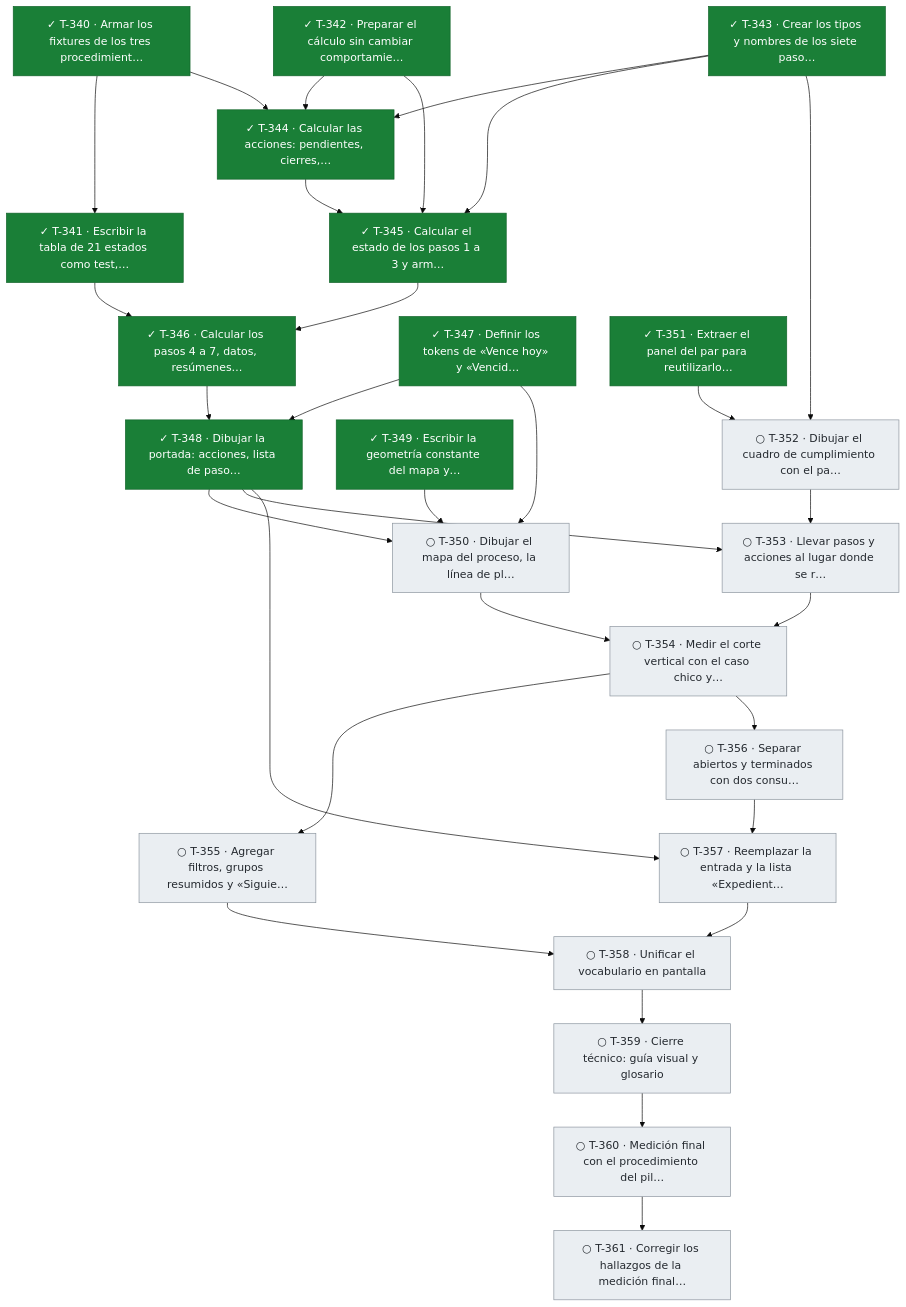
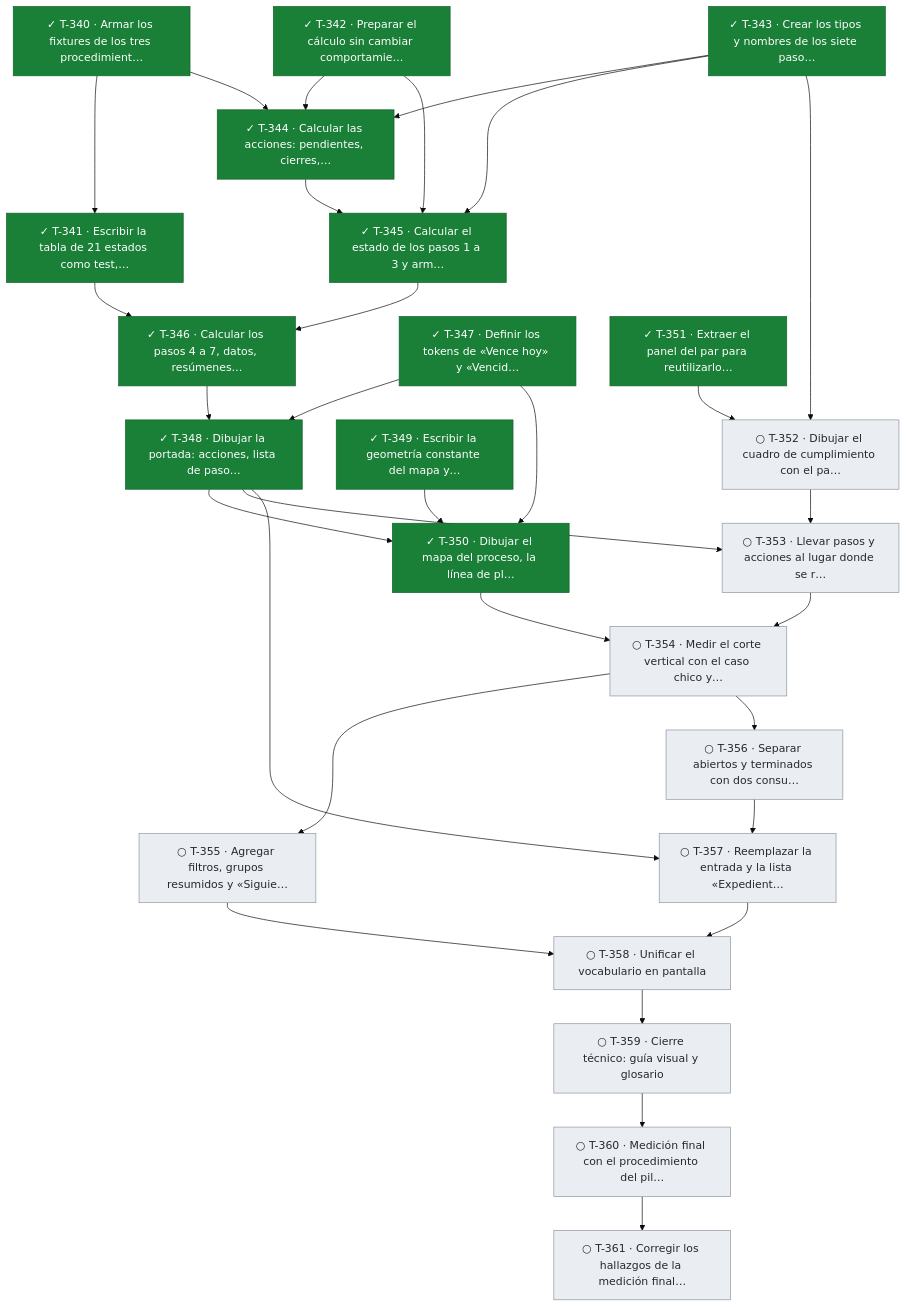
Before and after one commit to snavello/EVALUON: diagram 25 of 25 in docs/tablero.md, drawn with Mermaid (base theme). The commit also changed other lines of this file and 1 other file, not shown here.

Commit message:
gestión: T-350 terminada (mapa del proceso, línea de plazos y selector Mapa / Lista), avisos y tablero

````diff
--- a/docs/tablero.md
+++ b/docs/tablero.md
@@ -1922,59 +1922,59 @@
 ```mermaid
 flowchart TD
   T340["✓ T-340 · Armar los fixtures de los tres procedimient…"]:::done
   T341["✓ T-341 · Escribir la tabla de 21 estados como test,…"]:::done
   T342["✓ T-342 · Preparar el cálculo sin cambiar comportamie…"]:::done
   T343["✓ T-343 · Crear los tipos y nombres de los siete paso…"]:::done
   T344["✓ T-344 · Calcular las acciones: pendientes, cierres,…"]:::done
   T345["✓ T-345 · Calcular el estado de los pasos 1 a 3 y arm…"]:::done
   T346["✓ T-346 · Calcular los pasos 4 a 7, datos, resúmenes…"]:::done
   T347["✓ T-347 · Definir los tokens de «Vence hoy» y «Vencid…"]:::done
   T348["✓ T-348 · Dibujar la portada: acciones, lista de paso…"]:::done
   T349["✓ T-349 · Escribir la geometría constante del mapa y…"]:::done
-  T350["○ T-350 · Dibujar el mapa del proceso, la línea de pl…"]:::todo
+  T350["✓ T-350 · Dibujar el mapa del proceso, la línea de pl…"]:::done
   T351["✓ T-351 · Extraer el panel del par para reutilizarlo…"]:::done
   T352["○ T-352 · Dibujar el cuadro de cumplimiento con el pa…"]:::todo
   T353["○ T-353 · Llevar pasos y acciones al lugar donde se r…"]:::todo
   T354["○ T-354 · Medir el corte vertical con el caso chico y…"]:::todo
   T355["○ T-355 · Agregar filtros, grupos resumidos y «Siguie…"]:::todo
   T356["○ T-356 · Separar abiertos y terminados con dos consu…"]:::todo
   T357["○ T-357 · Reemplazar la entrada y la lista «Expedient…"]:::todo
   T358["○ T-358 · Unificar el vocabulario en pantalla"]:::todo
   T359["○ T-359 · Cierre técnico: guía visual y glosario"]:::todo
   T360["○ T-360 · Medición final con el procedimiento del pil…"]:::todo
   T361["○ T-361 · Corregir los hallazgos de la medición final…"]:::todo
   T340 --> T341
   T340 --> T344
   T342 --> T344
   T343 --> T344
   T342 --> T345
   T343 --> T345
   T344 --> T345
   T341 --> T346
   T345 --> T346
   T346 --> T348
   T347 --> T348
   T347 --> T350
   T348 --> T350
   T349 --> T350
   T343 --> T352
   T351 --> T352
   T348 --> T353
   T352 --> T353
   T350 --> T354
   T353 --> T354
   T354 --> T355
   T354 --> T356
   T348 --> T357
   T356 --> T357
   T355 --> T358
   T357 --> T358
   T358 --> T359
   T359 --> T360
   T360 --> T361
   classDef done fill:#1a7f37,stroke:#116329,color:#ffffff
   classDef review fill:#0969da,stroke:#0550ae,color:#ffffff
   classDef active fill:#bf8700,stroke:#7d4e00,color:#ffffff
   classDef blocked fill:#cf222e,stroke:#a40e26,color:#ffffff
   classDef todo fill:#eaeef2,stroke:#8c959f,color:#24292f
 ```
````
